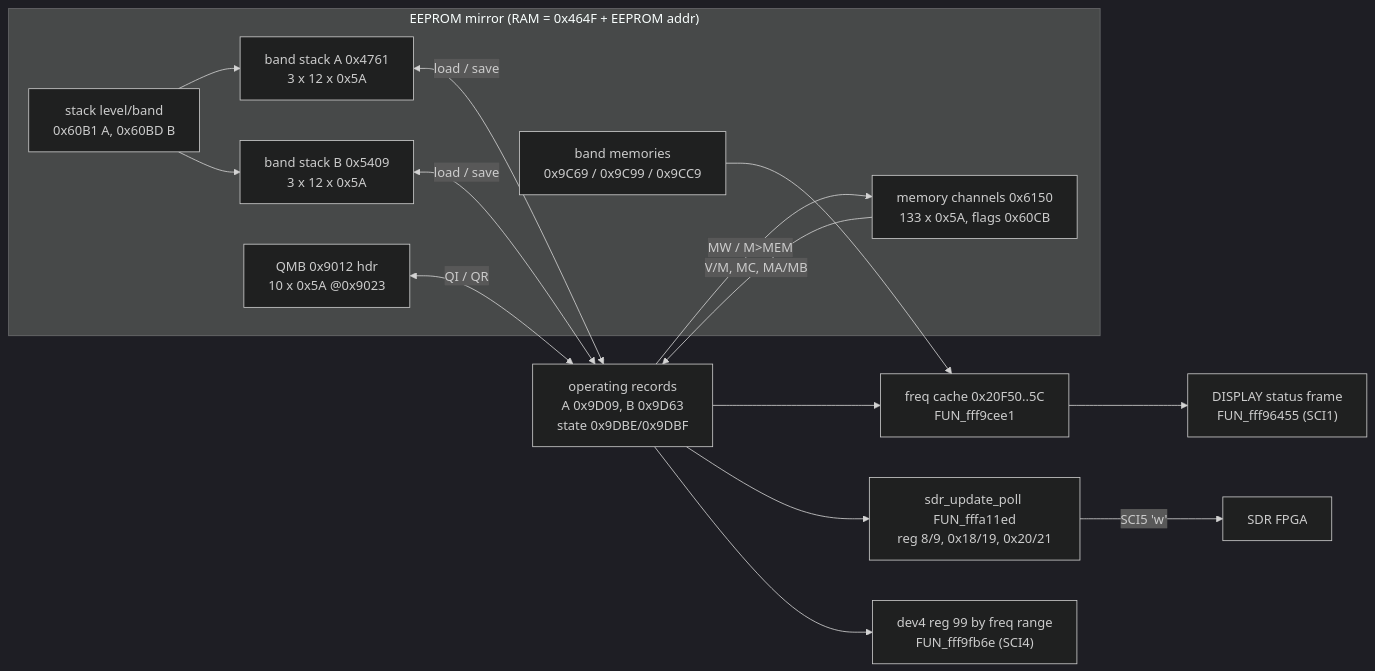
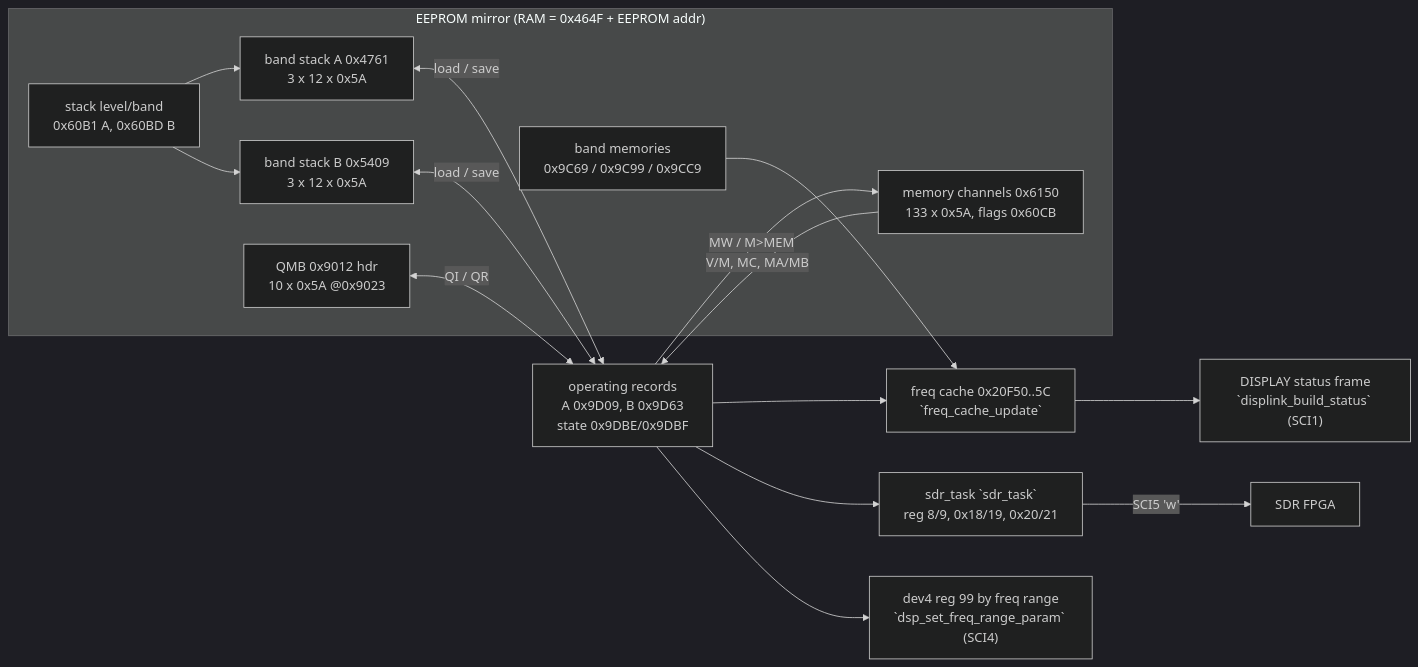
One commit to Reid-n0rc/FT-710_Firmware changed the first of 4 diagrams in docs/code/main/radio-control.md. Above: the diagram before and after it, drawn with Mermaid (dark theme). The commit also changed other lines of this file and 29 other files, not shown here.

````diff
--- a/docs/code/main/radio-control.md
+++ b/docs/code/main/radio-control.md
@@ -38,25 +37,25 @@
 ```mermaid
 flowchart LR
   subgraph EEPROM["EEPROM mirror (RAM = 0x464F + EEPROM addr)"]
     BSA["band stack A 0x4761<br/>3 x 12 x 0x5A"]
     BSB["band stack B 0x5409<br/>3 x 12 x 0x5A"]
     LVL["stack level/band<br/>0x60B1 A, 0x60BD B"]
     MEM["memory channels 0x6150<br/>133 x 0x5A, flags 0x60CB"]
     QMB["QMB 0x9012 hdr<br/>10 x 0x5A @0x9023"]
     BM["band memories<br/>0x9C69 / 0x9C99 / 0x9CC9"]
   end
   REC["operating records<br/>A 0x9D09, B 0x9D63<br/>state 0x9DBE/0x9DBF"]
   BSA <-->|"load / save"| REC
   BSB <-->|"load / save"| REC
   LVL --> BSA
   LVL --> BSB
   MEM -->|"V/M, MC, MA/MB"| REC
   REC -->|"MW / M>MEM"| MEM
   QMB <-->|"QI / QR"| REC
-  REC --> CACHE["freq cache 0x20F50..5C<br/>FUN_fff9cee1"]
+  REC --> CACHE["freq cache 0x20F50..5C<br/>`freq_cache_update`"]
   BM --> CACHE
-  REC --> SDRP["sdr_update_poll FUN_fffa11ed<br/>reg 8/9, 0x18/19, 0x20/21"]
+  REC --> SDRP["sdr_task `sdr_task`<br/>reg 8/9, 0x18/19, 0x20/21"]
   SDRP -->|"SCI5 'w'"| SDR["SDR FPGA"]
-  CACHE --> DISP["DISPLAY status frame<br/>FUN_fff96455 (SCI1)"]
-  REC --> DSP["dev4 reg 99 by freq range<br/>FUN_fff9fb6e (SCI4)"]
+  CACHE --> DISP["DISPLAY status frame<br/>`displink_build_status` (SCI1)"]
+  REC --> DSP["dev4 reg 99 by freq range<br/>`dsp_set_freq_range_param` (SCI4)"]
 ```
````
